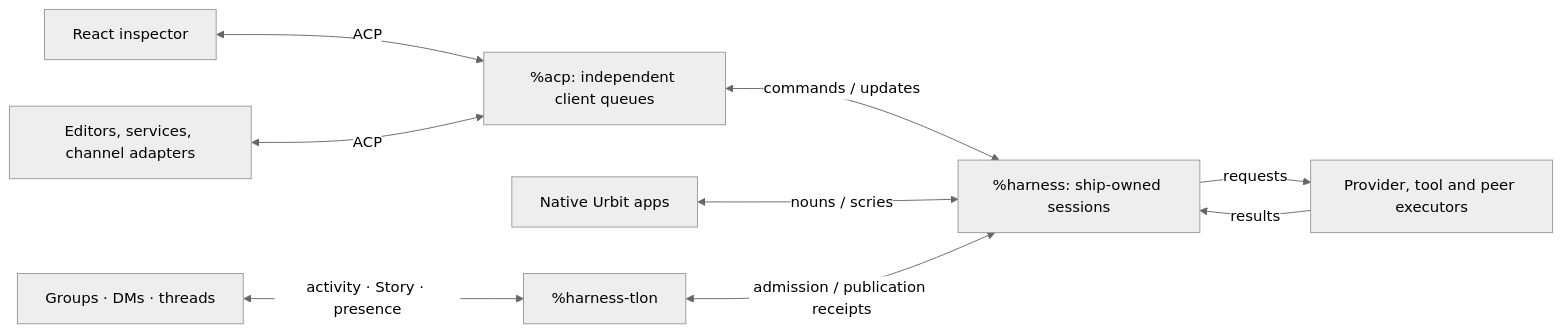
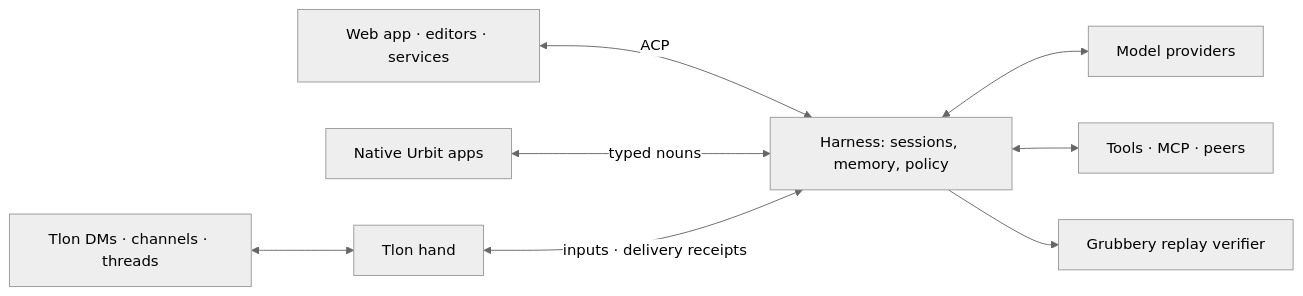
One commit to mopfel-winrux/urbit-agent-harness changed the diagram in README.md. Above: the diagram before and after it, drawn with Mermaid (neutral theme). The commit also changed other lines of this file and 12 other files, not shown here.

````diff
--- a/README.md
+++ b/README.md
@@ -16,11 +19,10 @@
 ```mermaid
 flowchart LR
-  UI["React inspector"] <-->|ACP| ACP["%acp: independent client queues"]
-  Clients["Editors, services, channel adapters"] <-->|ACP| ACP
-  ACP <-->|"commands / updates"| Head["%harness: ship-owned sessions"]
-  Native["Native Urbit apps"] <-->|"nouns / scries"| Head
-  Tlon["Groups · DMs · threads"] <-->|"activity · Story · presence"| Hand["%harness-tlon"]
-  Hand <-->|"admission / publication receipts"| Head
-  Head -->|requests| Effects["Provider, tool and peer executors"]
-  Effects -->|results| Head
+  Clients["Web app · editors · services"] <-->|ACP| Head["Harness: sessions, memory, policy"]
+  Native["Native Urbit apps"] <-->|typed nouns| Head
+  Tlon["Tlon DMs · channels · threads"] <--> Hand["Tlon hand"]
+  Hand <-->|inputs · delivery receipts| Head
+  Head <--> Models["Model providers"]
+  Head <--> Tools["Tools · MCP · peers"]
+  Head --> Verifier["Grubbery replay verifier"]
 ```
````
